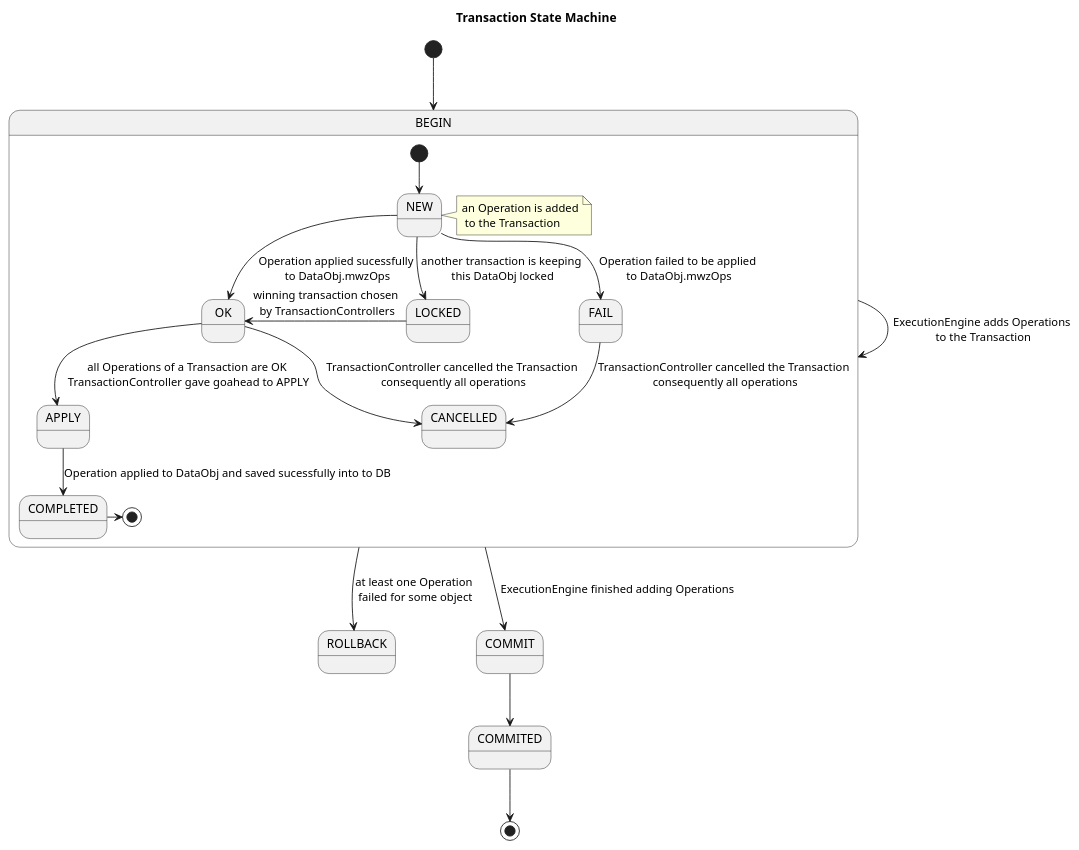
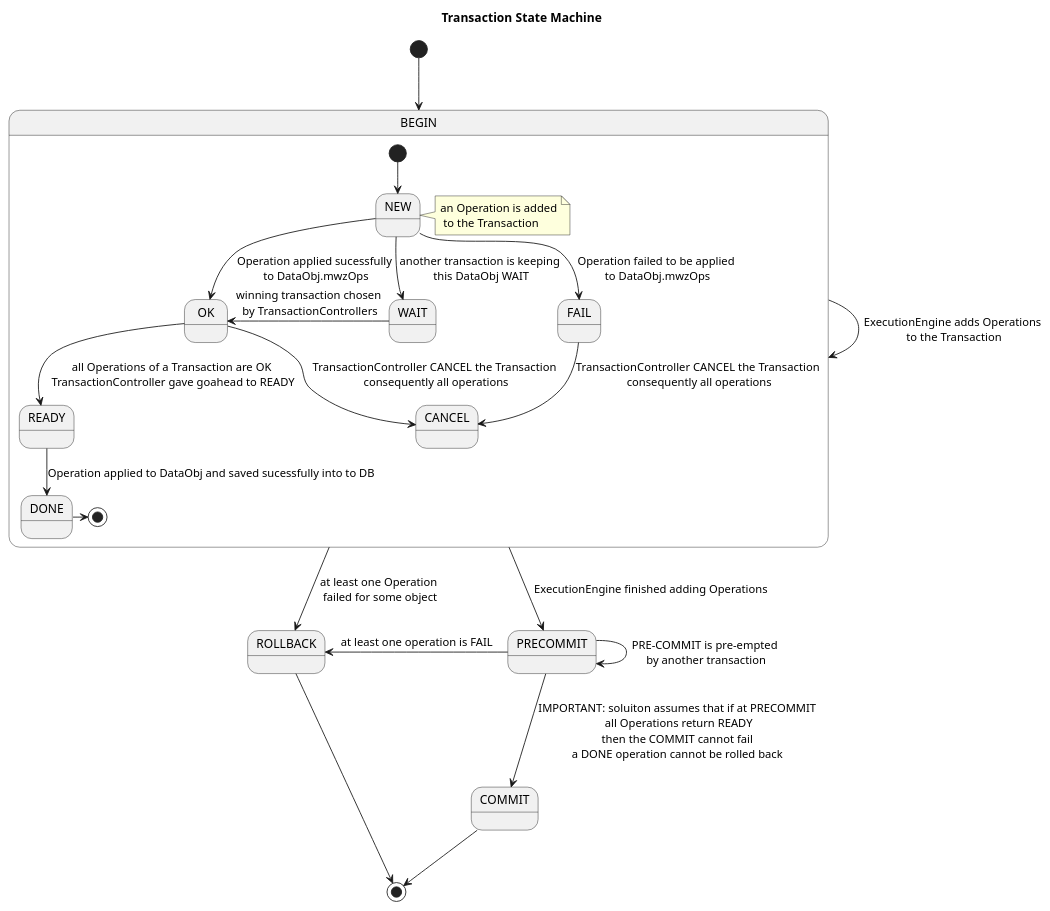
The diagram in docs/transaction_state.puml (formuladb/poc1), drawn with PlantUML before and after one commit. The commit also changed 2 other files, not shown here.

Commit message:
updated state diagram

```diff
--- a/docs/transaction_state.puml
+++ b/docs/transaction_state.puml
@@ -1,31 +1,35 @@
 @startuml TransactionStateMachine
 
 title Transaction State Machine
 
 [*] --> BEGIN
 
 BEGIN -> BEGIN: ExecutionEngine adds Operations\n to the Transaction
 
 BEGIN --> ROLLBACK: at least one Operation\n failed for some object
 
-BEGIN --> COMMIT: ExecutionEngine finished adding Operations
+BEGIN --> PRECOMMIT: ExecutionEngine finished adding Operations
 
 state BEGIN {
   [*] --> NEW
   note right of NEW: an Operation is added\n to the Transaction
   NEW --> OK: Operation applied sucessfully\n to DataObj.mwzOps
   NEW --> FAIL: Operation failed to be applied\n to DataObj.mwzOps
-  NEW --> LOCKED: another transaction is keeping\n this DataObj locked
-  LOCKED -left-> OK: winning transaction chosen\n by TransactionControllers
-  OK --> APPLY: all Operations of a Transaction are OK\n TransactionController gave goahead to APPLY
-  FAIL --> CANCELLED: TransactionController cancelled the Transaction\n consequently all operations
-  OK --> CANCELLED: TransactionController cancelled the Transaction\n consequently all operations
-  APPLY --> COMPLETED: Operation applied to DataObj and saved sucessfully into to DB
-  COMPLETED -> [*]
+  NEW --> WAIT: another transaction is keeping\n this DataObj WAIT
+  WAIT -left-> OK: winning transaction chosen\n by TransactionControllers
+  OK --> READY: all Operations of a Transaction are OK\n TransactionController gave goahead to READY
+  FAIL --> CANCEL: TransactionController CANCEL the Transaction\n consequently all operations
+  OK --> CANCEL: TransactionController CANCEL the Transaction\n consequently all operations
+  READY --> DONE: Operation applied to DataObj and saved sucessfully into to DB
+  DONE -> [*]
 }
 
-COMMIT --> COMMITED
+PRECOMMIT --> COMMIT: IMPORTANT: soluiton assumes that if at PRECOMMIT\n all Operations return READY\nthen the COMMIT cannot fail\na DONE operation cannot be rolled back
 
-COMMITED --> [*]
+PRECOMMIT -> PRECOMMIT: PRE-COMMIT is pre-empted\n by another transaction
+PRECOMMIT -left-> ROLLBACK: at least one operation is FAIL
+
+ROLLBACK --> [*]
+COMMIT --> [*]
 
 @enduml
```
